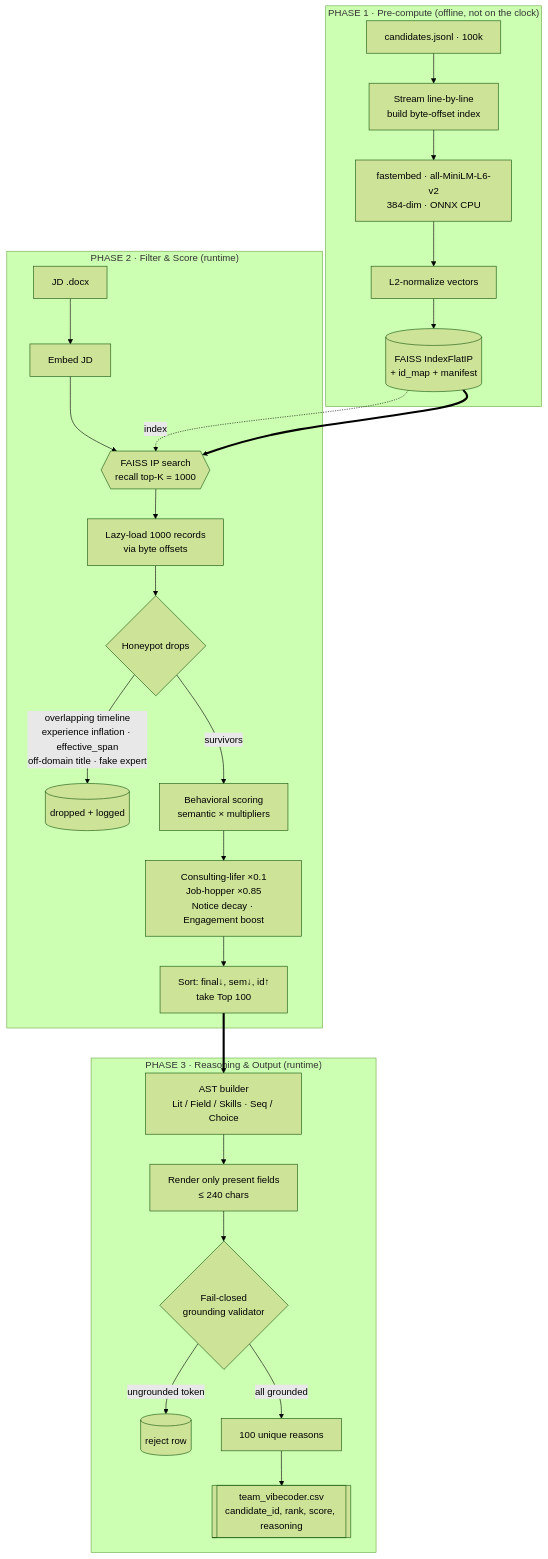
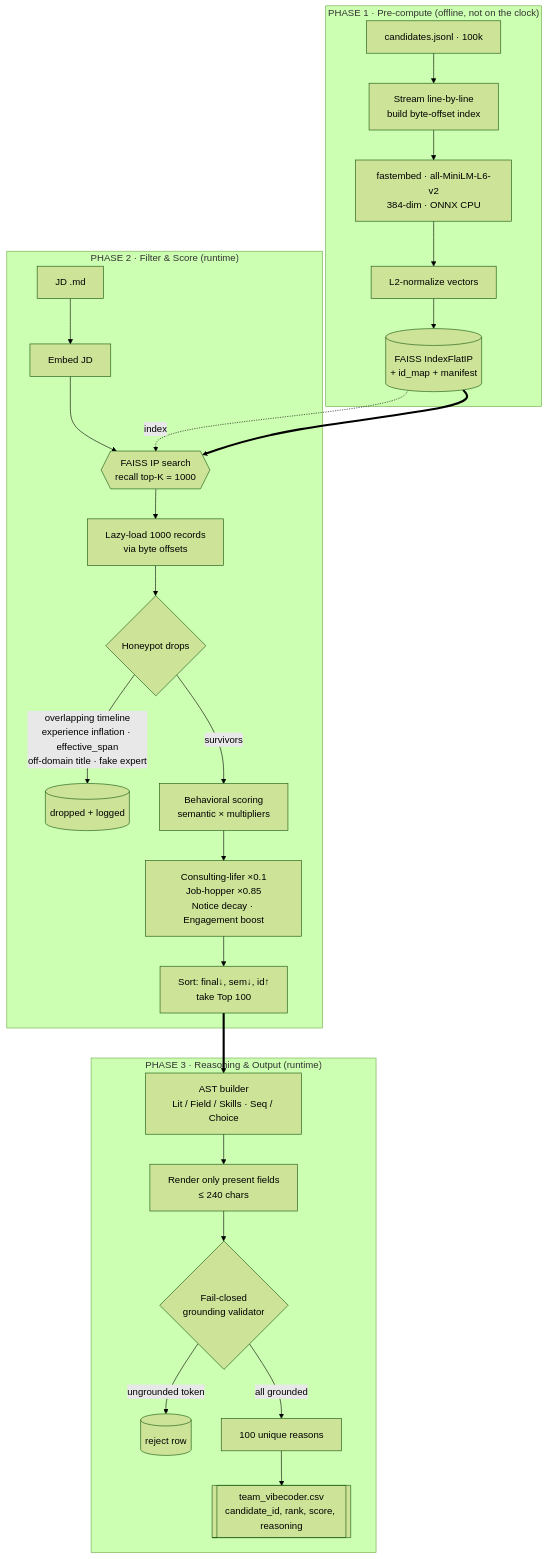
Before and after one commit to dakshrawat298-gif/Redrob-rank-engine: the diagram in README.md, drawn with Mermaid (forest theme). The commit also changed other lines of this file and 3 other files, not shown here.

````diff
--- a/README.md
+++ b/README.md
@@ -25,32 +25,32 @@
 ```mermaid
 flowchart TD
     subgraph P1["PHASE 1 · Pre-compute (offline, not on the clock)"]
         A1[candidates.jsonl · 100k] --> A2[Stream line-by-line<br/>build byte-offset index]
         A2 --> A3[fastembed · all-MiniLM-L6-v2<br/>384-dim · ONNX CPU]
         A3 --> A4[L2-normalize vectors]
         A4 --> A5[(FAISS IndexFlatIP<br/>+ id_map + manifest)]
     end
 
     subgraph P2["PHASE 2 · Filter & Score (runtime)"]
-        B1[JD .docx] --> B2[Embed JD]
+        B1[JD .md] --> B2[Embed JD]
         B2 --> B3{{FAISS IP search<br/>recall top-K = 1000}}
         A5 -. index .-> B3
         B3 --> B4[Lazy-load 1000 records<br/>via byte offsets]
         B4 --> B5{Honeypot drops}
         B5 -->|overlapping timeline<br/>experience inflation · effective_span<br/>off-domain title · fake expert| B6[(dropped + logged)]
         B5 -->|survivors| B7[Behavioral scoring<br/>semantic × multipliers]
         B7 --> B8[Consulting-lifer ×0.1<br/>Job-hopper ×0.85<br/>Notice decay · Engagement boost]
         B8 --> B9[Sort: final↓, sem↓, id↑<br/>take Top 100]
     end
 
     subgraph P3["PHASE 3 · Reasoning & Output (runtime)"]
         C1[AST builder<br/>Lit / Field / Skills · Seq / Choice] --> C2[Render only present fields<br/>≤ 240 chars]
         C2 --> C3{Fail-closed<br/>grounding validator}
         C3 -->|ungrounded token| C4[(reject row)]
         C3 -->|all grounded| C5[100 unique reasons]
         C5 --> C6[[team_vibecoder.csv<br/>candidate_id, rank, score, reasoning]]
     end
 
     A5 ==> B3
     B9 ==> C1
 ```
````
